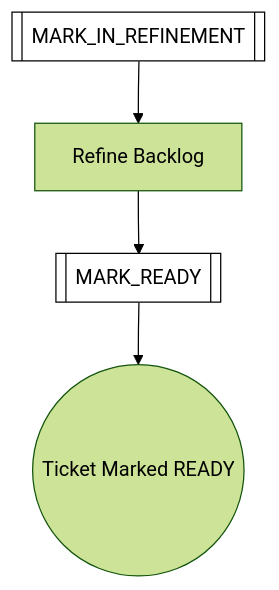
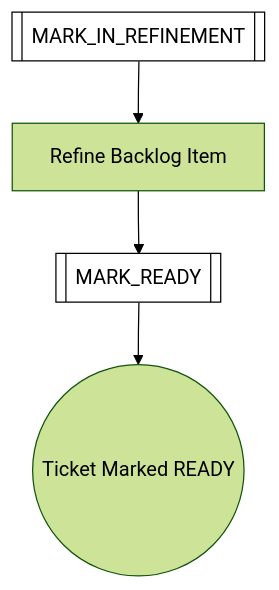
Before and after one commit to optivem/gh-optivem: the third of 50 diagrams in docs/process-diagram.md, drawn with Mermaid (forest theme). The commit also changed other lines of this file and 5 other files, not shown here.

Commit message:
atdd/runtime: rename refine-backlog -> refine-backlog-item (Item 10)

````diff
--- a/docs/process-diagram.md
+++ b/docs/process-diagram.md
@@ -78,14 +78,14 @@
 ```mermaid
 flowchart TD
     MARK_IN_REFINEMENT[[MARK_IN_REFINEMENT]]
     MARK_READY[[MARK_READY]]
-    REFINE_BACKLOG[Refine Backlog]
+    REFINE_BACKLOG_ITEM[Refine Backlog Item]
     REFINE_TICKET_END((Ticket Marked READY))
 
-    MARK_IN_REFINEMENT --> REFINE_BACKLOG
-    REFINE_BACKLOG --> MARK_READY
+    MARK_IN_REFINEMENT --> REFINE_BACKLOG_ITEM
+    REFINE_BACKLOG_ITEM --> MARK_READY
     MARK_READY --> REFINE_TICKET_END
 
     classDef serviceNode fill:#ffffff,stroke:#000000,stroke-width:1px,color:#000000
     class MARK_IN_REFINEMENT,MARK_READY serviceNode
 ```
````
